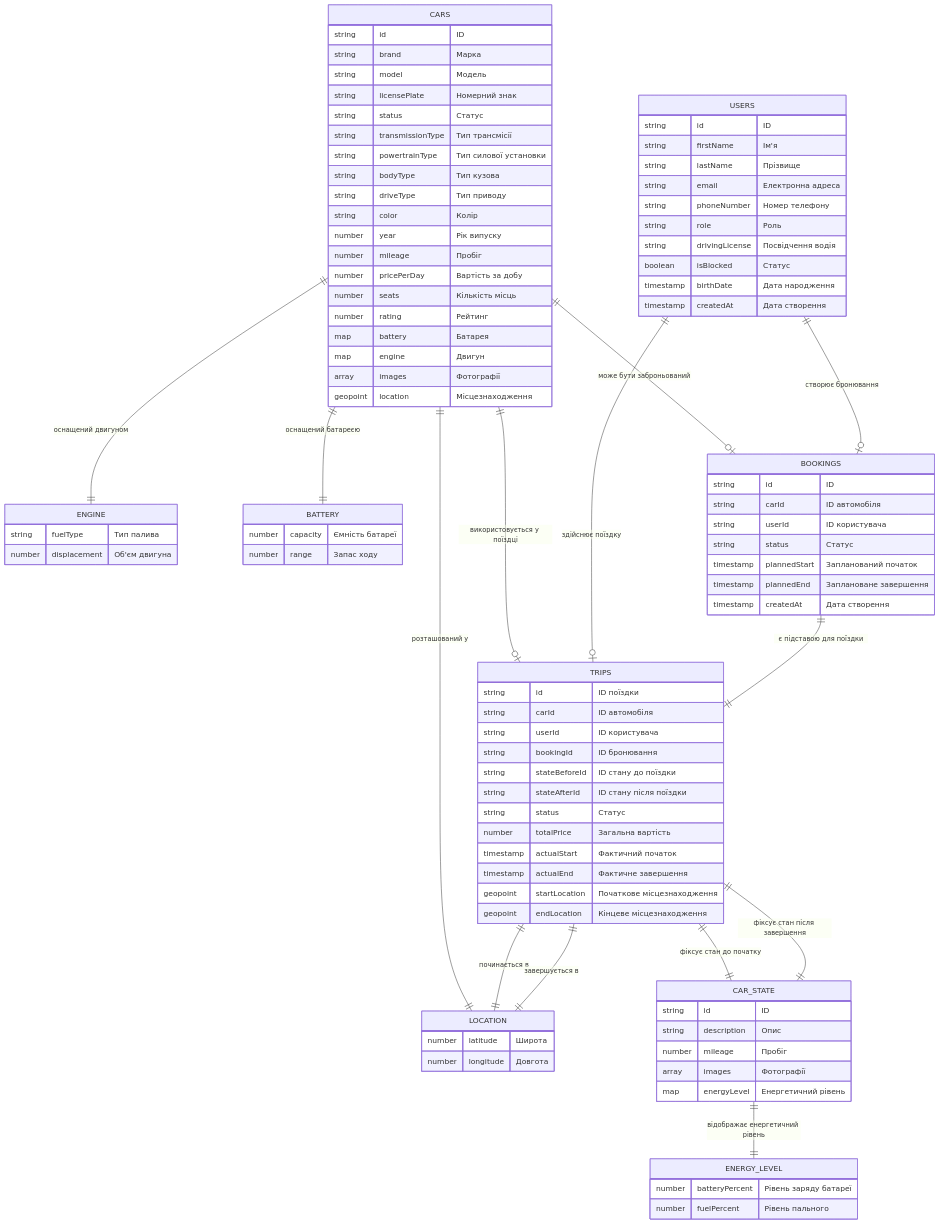
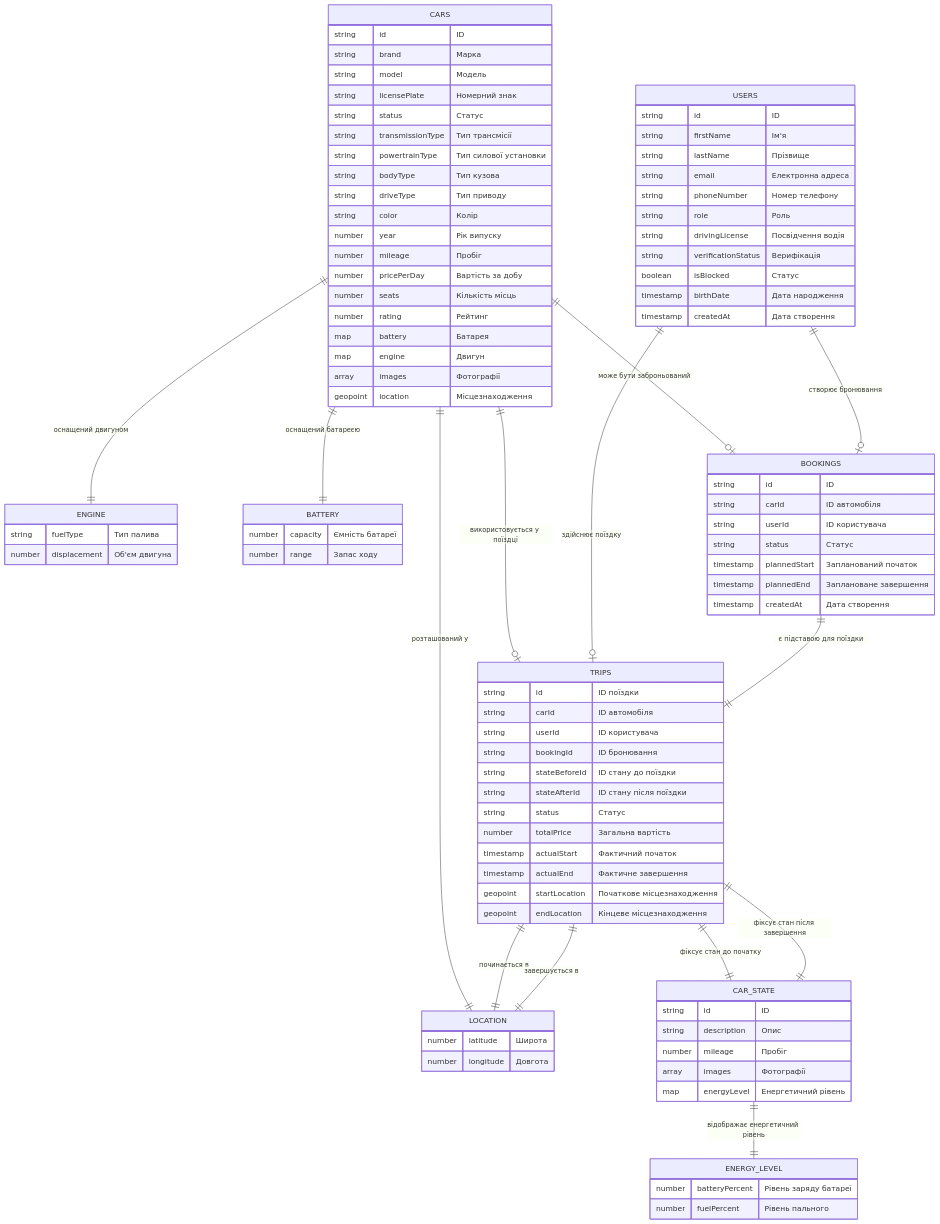
The diagram in src/diagrams/firestoreDatabase.mmd (rostyslavcheremys/carsharing-admin-panel), drawn with Mermaid before and after one commit. The commit also changed 19 other files, not shown here.

```diff
--- a/src/diagrams/firestoreDatabase.mmd
+++ b/src/diagrams/firestoreDatabase.mmd
@@ -1,112 +1,113 @@
 ---
 config:
   theme: default
   look: classic
 ---
 erDiagram
     CARS {
         string id "ID"
         string brand "Марка"
         string model "Модель"
         string licensePlate "Номерний знак"
         string status "Статус"
         string transmissionType "Тип трансмісії"
         string powertrainType "Тип силової установки"
         string bodyType "Тип кузова"
         string driveType "Тип приводу"
         string color "Колір"
         number year "Рік випуску"
         number mileage "Пробіг"
         number pricePerDay "Вартість за добу"
         number seats "Кількість місць"
         number rating "Рейтинг"
         map battery "Батарея"
         map engine "Двигун"
         array images "Фотографії"
         geopoint location "Місцезнаходження"
     }
 
     ENGINE {
         string fuelType "Тип палива"
         number displacement "Об'єм двигуна"
     }
 
     BATTERY {
         number capacity "Ємність батареї"
         number range "Запас ходу"
     }
 
     LOCATION {
         number latitude "Широта"
         number longitude "Довгота"
     }
 
     USERS {
         string id "ID"
         string firstName "Ім'я"
         string lastName "Прізвище"
         string email "Електронна адреса"
         string phoneNumber "Номер телефону"
         string role "Роль"
         string drivingLicense "Посвідчення водія"
+        string verificationStatus "Верифікація"
         boolean isBlocked "Статус"
         timestamp birthDate "Дата народження"
         timestamp createdAt "Дата створення"
     }
 
     BOOKINGS {
         string id "ID"
         string carId "ID автомобіля"
         string userId "ID користувача"
         string status "Статус"
         timestamp plannedStart "Запланований початок"
         timestamp plannedEnd "Заплановане завершення"
         timestamp createdAt "Дата створення"
     }
 
     TRIPS {
         string id "ID поїздки"
         string carId "ID автомобіля"
         string userId "ID користувача"
         string bookingId "ID бронювання"
         string stateBeforeId "ID стану до поїздки"
         string stateAfterId "ID стану після поїздки"
         string status "Статус"
         number totalPrice "Загальна вартість"
         timestamp actualStart "Фактичний початок"
         timestamp actualEnd "Фактичне завершення"
         geopoint startLocation "Початкове місцезнаходження"
         geopoint endLocation "Кінцеве місцезнаходження"
     }
 
     CAR_STATE {
         string id "ID"
         string description "Опис"
         number mileage "Пробіг"
         array images "Фотографії"
         map energyLevel "Енергетичний рівень"
     }
 
     ENERGY_LEVEL {
         number batteryPercent "Рівень заряду батареї"
         number fuelPercent "Рівень пального"
     }
 
     CARS ||--|| ENGINE : "оснащений двигуном"
     CARS ||--|| BATTERY : "оснащений батареєю"
     CARS ||--|| LOCATION : "розташований у"
 
     CARS ||--o| BOOKINGS : "може бути заброньований"
     CARS ||--o| TRIPS : "використовується у поїздці"
 
     USERS ||--o| BOOKINGS : "створює бронювання"
     USERS ||--o| TRIPS : "здійснює поїздку"
 
     BOOKINGS ||--|| TRIPS : "є підставою для поїздки"
 
     TRIPS ||--|| CAR_STATE : "фіксує стан до початку"
     TRIPS ||--|| CAR_STATE : "фіксує стан після завершення"
     TRIPS ||--|| LOCATION : "починається в"
     TRIPS ||--|| LOCATION : "завершується в"
 
     CAR_STATE ||--|| ENERGY_LEVEL : "відображає енергетичний рівень"
```
